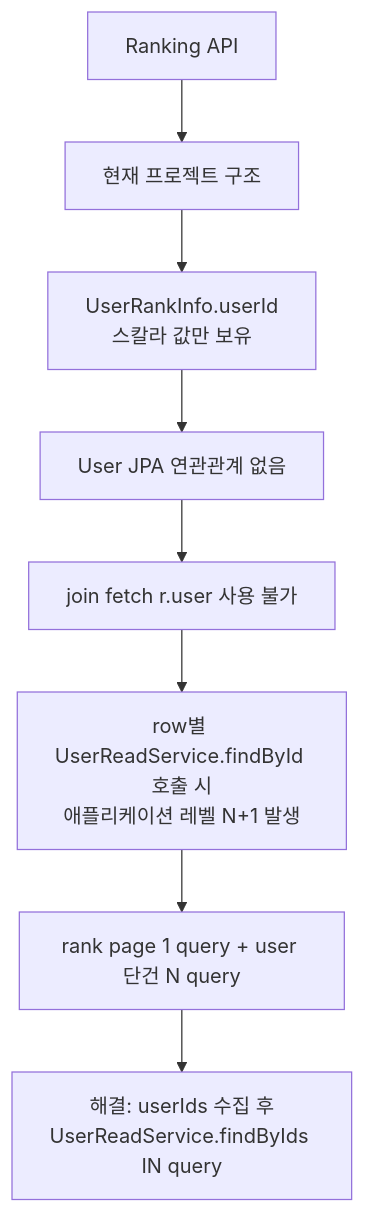
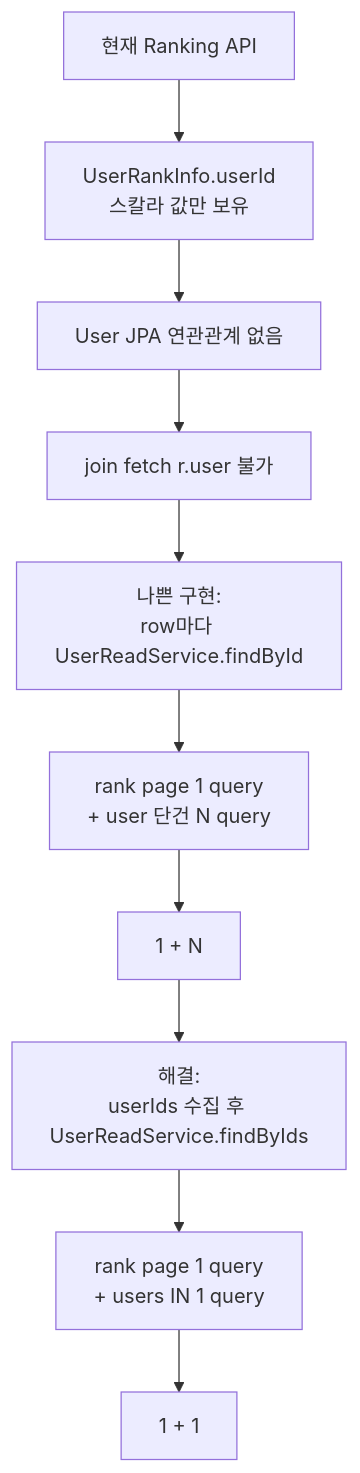
Before and after one commit to moonwhistle/League-of-Star: the fourth of 5 diagrams in docs/antigravity/backend/issue-110-ranking-query-api.md, drawn with Mermaid. The commit also changed other lines of this file, not shown here.

````diff
--- a/docs/antigravity/backend/issue-110-ranking-query-api.md
+++ b/docs/antigravity/backend/issue-110-ranking-query-api.md
@@ -559,10 +577,12 @@
   ```mermaid
   flowchart TD
-      A["Ranking API"] --> B["현재 프로젝트 구조"]
-      B --> C["UserRankInfo.userId<br/>스칼라 값만 보유"]
-      C --> D["User JPA 연관관계 없음"]
-      D --> E["join fetch r.user 사용 불가"]
-      E --> F["row별 UserReadService.findById 호출 시<br/>애플리케이션 레벨 N+1 발생"]
-      F --> G["rank page 1 query + user 단건 N query"]
-      G --> H["해결: userIds 수집 후<br/>UserReadService.findByIds IN query"]
+      A["현재 Ranking API"] --> B["UserRankInfo.userId<br/>스칼라 값만 보유"]
+      B --> C["User JPA 연관관계 없음"]
+      C --> D["join fetch r.user 불가"]
+      D --> E["나쁜 구현:<br/>row마다 UserReadService.findById"]
+      E --> F["rank page 1 query<br/>+ user 단건 N query"]
+      F --> G["1 + N"]
+      G --> H["해결:<br/>userIds 수집 후 UserReadService.findByIds"]
+      H --> I["rank page 1 query<br/>+ users IN 1 query"]
+      I --> J["1 + 1"]
   ```
````
